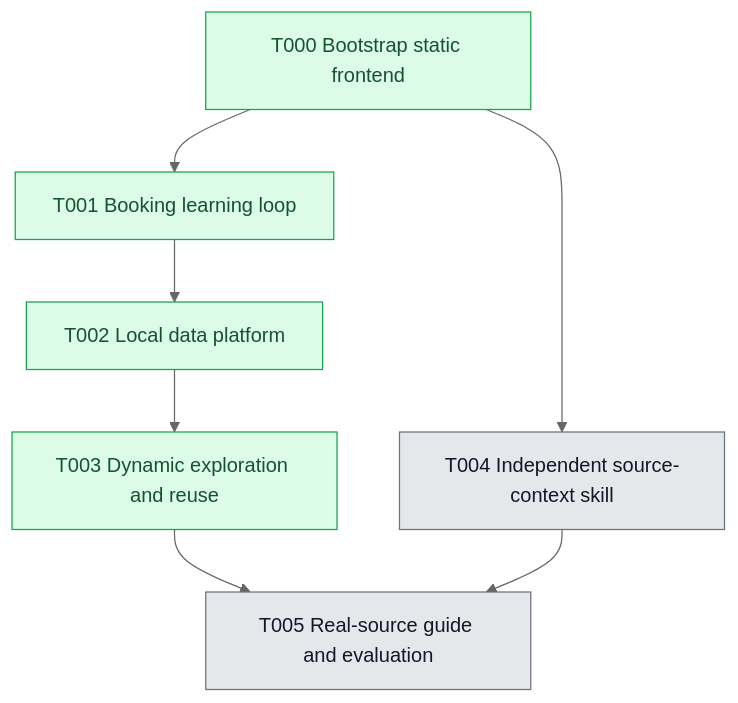
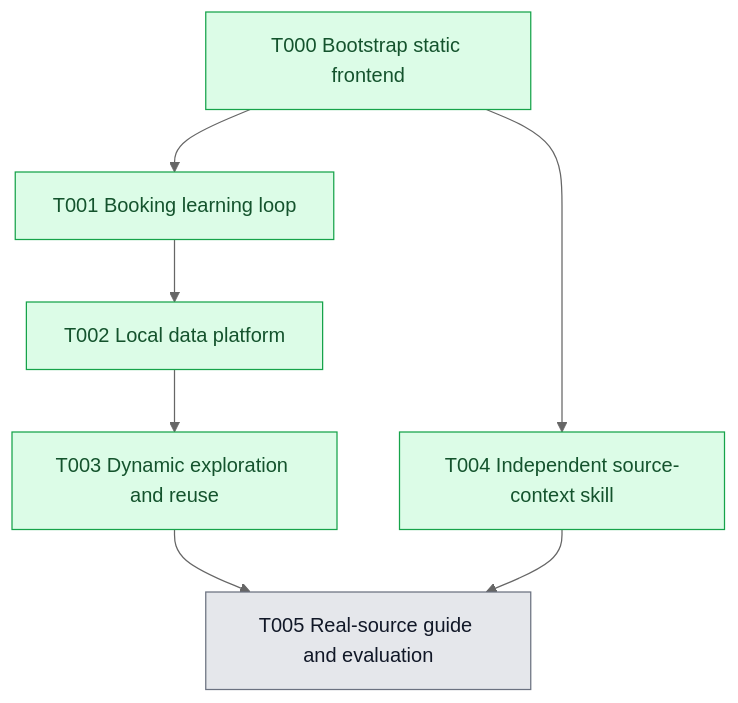
The diagram in planning/roadmap/dependencies.mmd (0-sayed/atlas), drawn with Mermaid (neutral theme) before and after one commit. The commit also changed 7 other files, not shown here.

```diff
--- a/planning/roadmap/dependencies.mmd
+++ b/planning/roadmap/dependencies.mmd
@@ -1,20 +1,20 @@
 flowchart TD
   T000["T000 Bootstrap static frontend"]
   T001["T001 Booking learning loop"]
   T002["T002 Local data platform"]
   T003["T003 Dynamic exploration and reuse"]
   T004["T004 Independent source-context skill"]
   T005["T005 Real-source guide and evaluation"]
 
   T000 --> T001
   T001 --> T002
   T002 --> T003
   T000 --> T004
   T003 --> T005
   T004 --> T005
 
   %% Match each node's class to the Done column in tasks.md.
   classDef pending fill:#E5E7EB,stroke:#6B7280,color:#111827
   classDef done fill:#DCFCE7,stroke:#16A34A,color:#14532D
-  class T000,T001,T002,T003 done
-  class T004,T005 pending
+  class T000,T001,T002,T003,T004 done
+  class T005 pending
```
